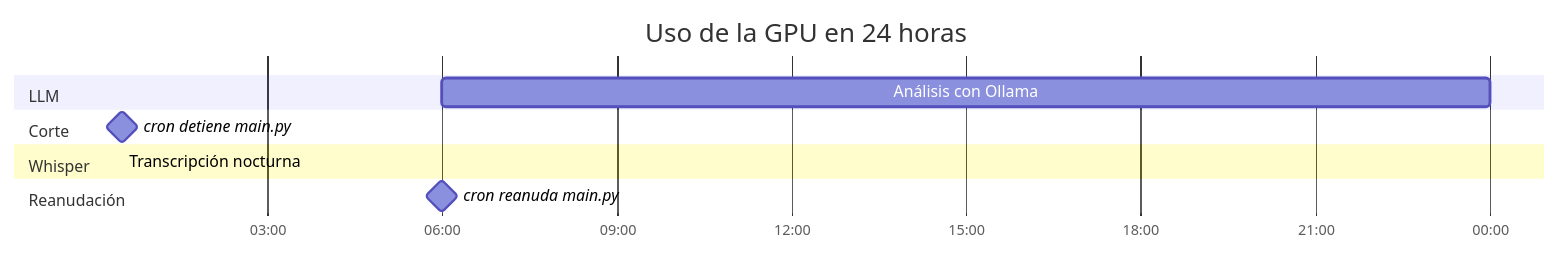
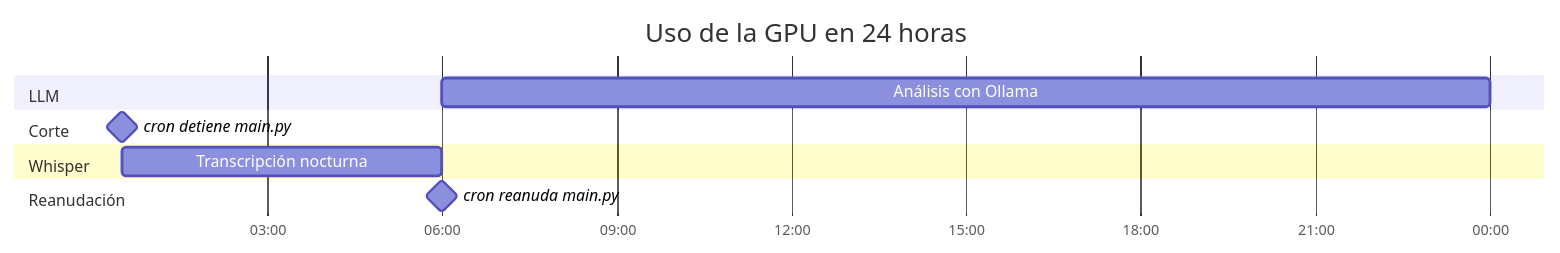
Before and after one commit to fyamith01/analisis-llamadas-ia_exhibicion: the second of 3 diagrams in docs/05-despliegue-y-operacion.md, drawn with Mermaid.

Commit message:
docs: corrijo la duración de whisper en el diagrama gantt
Mermaid solo acepta una unidad por duración; 5h30m dejaba la barra
de transcripción nocturna con longitud cero.

````diff
--- a/docs/05-despliegue-y-operacion.md
+++ b/docs/05-despliegue-y-operacion.md
@@ -54,14 +54,14 @@
 ```mermaid
 gantt
     title Uso de la GPU en 24 horas
     dateFormat HH:mm
     axisFormat %H:%M
     section LLM
     Análisis con Ollama      :a1, 06:00, 18h
     section Corte
     cron detiene main.py     :milestone, 00:30, 0m
     section Whisper
-    Transcripción nocturna   :w1, 00:30, 5h30m
+    Transcripción nocturna   :w1, 00:30, 330m
     section Reanudación
     cron reanuda main.py     :milestone, 06:00, 0m
 ```
````
